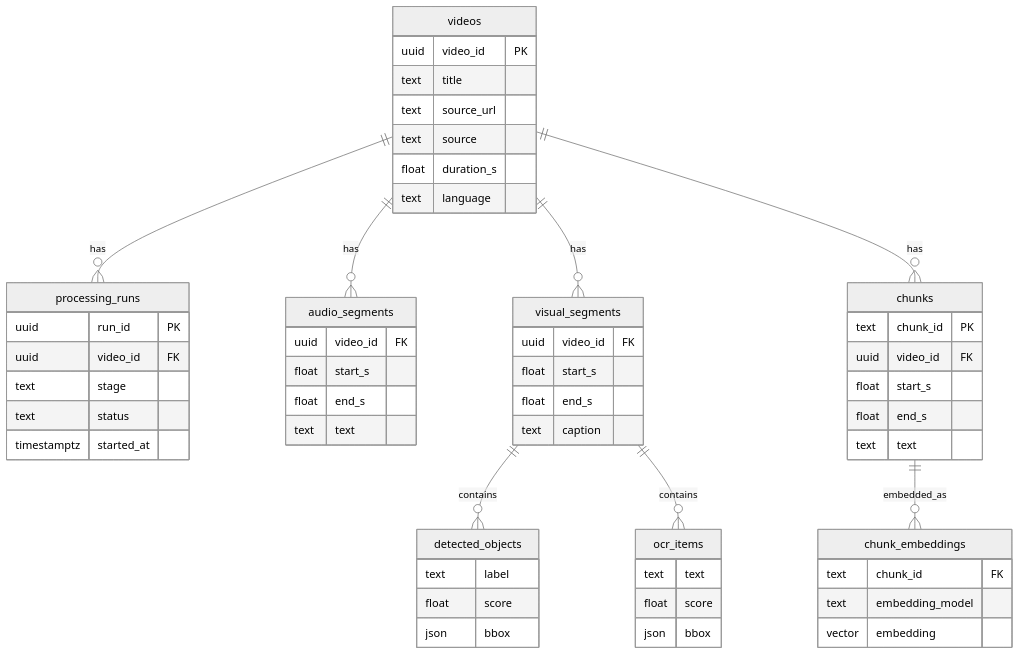
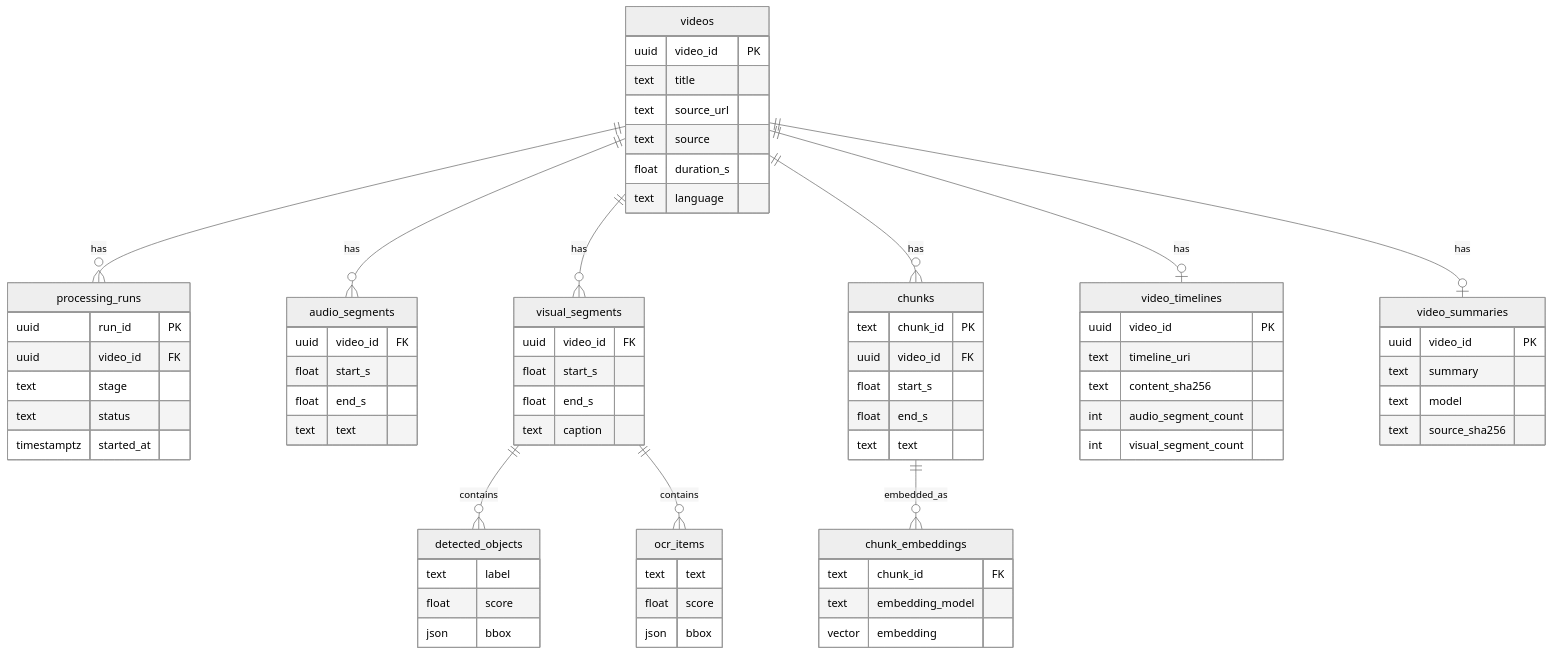
Before and after one commit to Damien4822/DEProj_Video_Analytics_Platform: the third of 4 diagrams in README.md, drawn with Mermaid (neutral theme). The commit also changed other lines of this file and 22 other files, not shown here.

````diff
--- a/README.md
+++ b/README.md
@@ -127,60 +169,75 @@
 ```mermaid
 erDiagram
     videos ||--o{ processing_runs : has
     videos ||--o{ audio_segments : has
     videos ||--o{ visual_segments : has
     visual_segments ||--o{ detected_objects : contains
     visual_segments ||--o{ ocr_items : contains
     videos ||--o{ chunks : has
+    videos ||--o| video_timelines : has
+    videos ||--o| video_summaries : has
     chunks ||--o{ chunk_embeddings : embedded_as
 
     videos {
         uuid video_id PK
         text title
         text source_url
         text source
         float duration_s
         text language
     }
     processing_runs {
         uuid run_id PK
         uuid video_id FK
         text stage
         text status
         timestamptz started_at
     }
     audio_segments {
         uuid video_id FK
         float start_s
         float end_s
         text text
     }
     visual_segments {
         uuid video_id FK
         float start_s
         float end_s
         text caption
     }
     detected_objects {
         text label
         float score
         json bbox
     }
     ocr_items {
         text text
         float score
         json bbox
     }
     chunks {
         text chunk_id PK
         uuid video_id FK
         float start_s
         float end_s
         text text
     }
+    video_timelines {
+        uuid video_id PK
+        text timeline_uri
+        text content_sha256
+        int audio_segment_count
+        int visual_segment_count
+    }
+    video_summaries {
+        uuid video_id PK
+        text summary
+        text model
+        text source_sha256
+    }
     chunk_embeddings {
         text chunk_id FK
         text embedding_model
         vector embedding
     }
 ```
````
